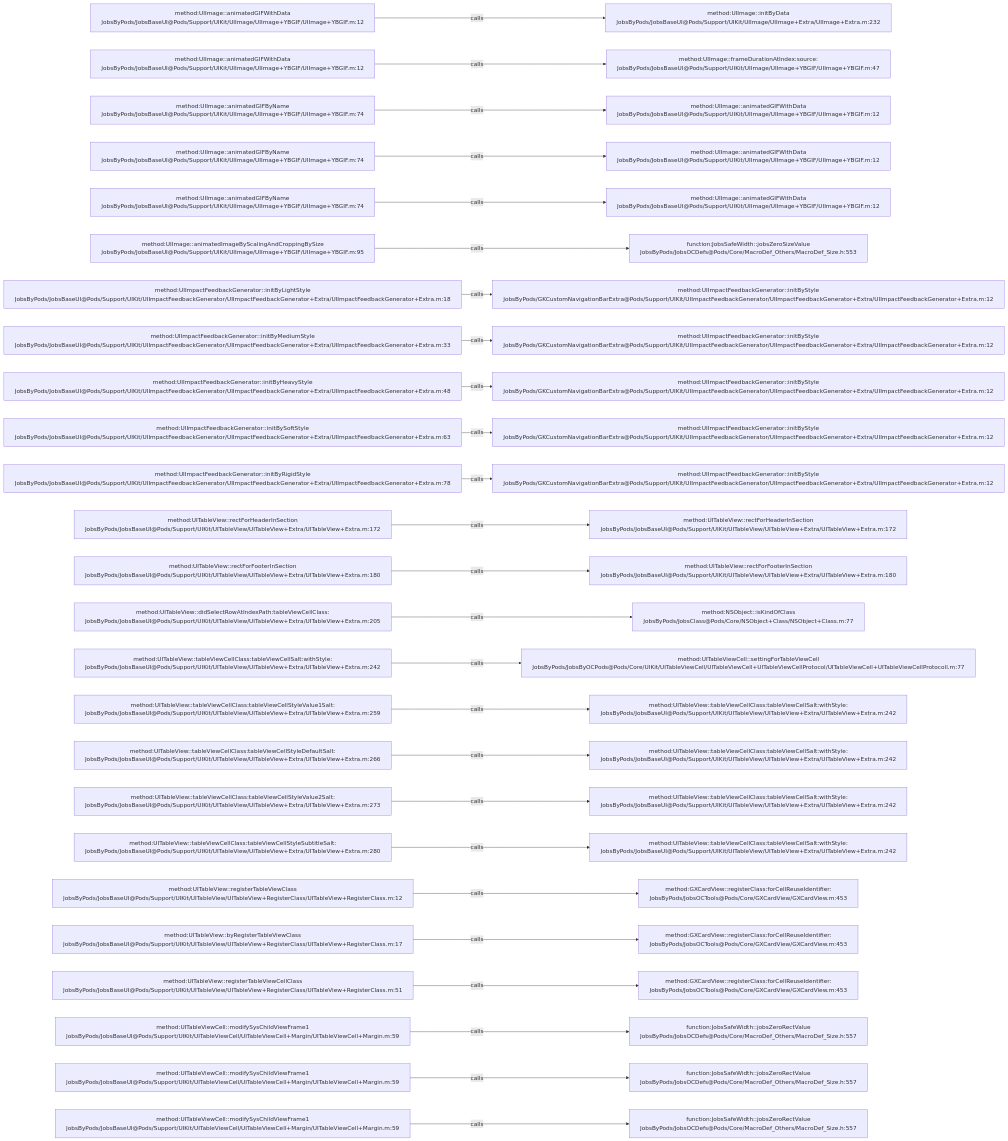
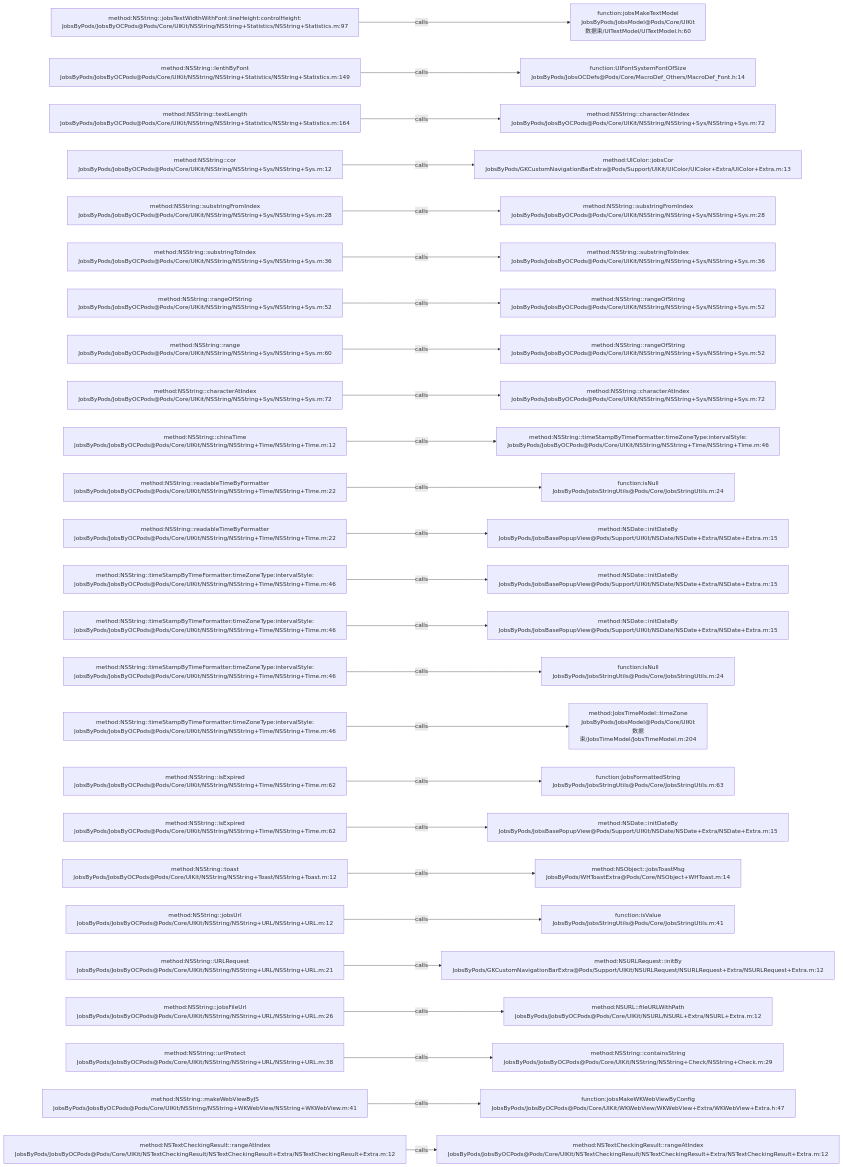
Before and after one commit to JobsKits/JobsOCBaseConfigDemo: the diagram in .codegraph/codegraph.md/graphs/calls-057.md, drawn with Mermaid. The commit also changed 1026 other files, not shown here.

````diff
--- a/.codegraph/codegraph.md/graphs/calls-057.md
+++ b/.codegraph/codegraph.md/graphs/calls-057.md
@@ -13,78 +13,78 @@
 ```mermaid
 flowchart LR
-  S1["method:UIImage::animatedGIFWithData<br/>JobsByPods/JobsBaseUI@Pods/Support/UIKit/UIImage/UIImage+YBGIF/UIImage+YBGIF.m:12"]
-  T1["method:UIImage::initByData<br/>JobsByPods/JobsBaseUI@Pods/Support/UIKit/UIImage/UIImage+Extra/UIImage+Extra.m:232"]
+  S1["method:NSString::jobsTextWidthWithFont:lineHeight:controlHeight:<br/>JobsByPods/JobsByOCPods@Pods/Core/UIKit/NSString/NSString+Statistics/NSString+Statistics.m:97"]
+  T1["function:jobsMakeTextModel<br/>JobsByPods/JobsModel@Pods/Core/UIKit数据束/UITextModel/UITextModel.h:60"]
   S1 -->|calls| T1
-  S2["method:UIImage::animatedGIFWithData<br/>JobsByPods/JobsBaseUI@Pods/Support/UIKit/UIImage/UIImage+YBGIF/UIImage+YBGIF.m:12"]
-  T2["method:UIImage::frameDurationAtIndex:source:<br/>JobsByPods/JobsBaseUI@Pods/Support/UIKit/UIImage/UIImage+YBGIF/UIImage+YBGIF.m:47"]
+  S2["method:NSString::lenthByFont<br/>JobsByPods/JobsByOCPods@Pods/Core/UIKit/NSString/NSString+Statistics/NSString+Statistics.m:149"]
+  T2["function:UIFontSystemFontOfSize<br/>JobsByPods/JobsOCDefs@Pods/Core/MacroDef_Others/MacroDef_Font.h:14"]
   S2 -->|calls| T2
-  S3["method:UIImage::animatedGIFByName<br/>JobsByPods/JobsBaseUI@Pods/Support/UIKit/UIImage/UIImage+YBGIF/UIImage+YBGIF.m:74"]
-  T3["method:UIImage::animatedGIFWithData<br/>JobsByPods/JobsBaseUI@Pods/Support/UIKit/UIImage/UIImage+YBGIF/UIImage+YBGIF.m:12"]
+  S3["method:NSString::textLength<br/>JobsByPods/JobsByOCPods@Pods/Core/UIKit/NSString/NSString+Statistics/NSString+Statistics.m:164"]
+  T3["method:NSString::characterAtIndex<br/>JobsByPods/JobsByOCPods@Pods/Core/UIKit/NSString/NSString+Sys/NSString+Sys.m:72"]
   S3 -->|calls| T3
-  S4["method:UIImage::animatedGIFByName<br/>JobsByPods/JobsBaseUI@Pods/Support/UIKit/UIImage/UIImage+YBGIF/UIImage+YBGIF.m:74"]
-  T4["method:UIImage::animatedGIFWithData<br/>JobsByPods/JobsBaseUI@Pods/Support/UIKit/UIImage/UIImage+YBGIF/UIImage+YBGIF.m:12"]
+  S4["method:NSString::cor<br/>JobsByPods/JobsByOCPods@Pods/Core/UIKit/NSString/NSString+Sys/NSString+Sys.m:12"]
+  T4["method:UIColor::jobsCor<br/>JobsByPods/GKCustomNavigationBarExtra@Pods/Support/UIKit/UIColor/UIColor+Extra/UIColor+Extra.m:13"]
   S4 -->|calls| T4
-  S5["method:UIImage::animatedGIFByName<br/>JobsByPods/JobsBaseUI@Pods/Support/UIKit/UIImage/UIImage+YBGIF/UIImage+YBGIF.m:74"]
-  T5["method:UIImage::animatedGIFWithData<br/>JobsByPods/JobsBaseUI@Pods/Support/UIKit/UIImage/UIImage+YBGIF/UIImage+YBGIF.m:12"]
+  S5["method:NSString::substringFromIndex<br/>JobsByPods/JobsByOCPods@Pods/Core/UIKit/NSString/NSString+Sys/NSString+Sys.m:28"]
+  T5["method:NSString::substringFromIndex<br/>JobsByPods/JobsByOCPods@Pods/Core/UIKit/NSString/NSString+Sys/NSString+Sys.m:28"]
   S5 -->|calls| T5
-  S6["method:UIImage::animatedImageByScalingAndCroppingBySize<br/>JobsByPods/JobsBaseUI@Pods/Support/UIKit/UIImage/UIImage+YBGIF/UIImage+YBGIF.m:95"]
-  T6["function:JobsSafeWidth::jobsZeroSizeValue<br/>JobsByPods/JobsOCDefs@Pods/Core/MacroDef_Others/MacroDef_Size.h:553"]
+  S6["method:NSString::substringToIndex<br/>JobsByPods/JobsByOCPods@Pods/Core/UIKit/NSString/NSString+Sys/NSString+Sys.m:36"]
+  T6["method:NSString::substringToIndex<br/>JobsByPods/JobsByOCPods@Pods/Core/UIKit/NSString/NSString+Sys/NSString+Sys.m:36"]
   S6 -->|calls| T6
-  S7["method:UIImpactFeedbackGenerator::initByLightStyle<br/>JobsByPods/JobsBaseUI@Pods/Support/UIKit/UIImpactFeedbackGenerator/UIImpactFeedbackGenerator+Extra/UIImpactFeedbackGenerator+Extra.m:18"]
-  T7["method:UIImpactFeedbackGenerator::initByStyle<br/>JobsByPods/GKCustomNavigationBarExtra@Pods/Support/UIKit/UIImpactFeedbackGenerator/UIImpactFeedbackGenerator+Extra/UIImpactFeedbackGenerator+Extra.m:12"]
+  S7["method:NSString::rangeOfString<br/>JobsByPods/JobsByOCPods@Pods/Core/UIKit/NSString/NSString+Sys/NSString+Sys.m:52"]
+  T7["method:NSString::rangeOfString<br/>JobsByPods/JobsByOCPods@Pods/Core/UIKit/NSString/NSString+Sys/NSString+Sys.m:52"]
   S7 -->|calls| T7
-  S8["method:UIImpactFeedbackGenerator::initByMediumStyle<br/>JobsByPods/JobsBaseUI@Pods/Support/UIKit/UIImpactFeedbackGenerator/UIImpactFeedbackGenerator+Extra/UIImpactFeedbackGenerator+Extra.m:33"]
-  T8["method:UIImpactFeedbackGenerator::initByStyle<br/>JobsByPods/GKCustomNavigationBarExtra@Pods/Support/UIKit/UIImpactFeedbackGenerator/UIImpactFeedbackGenerator+Extra/UIImpactFeedbackGenerator+Extra.m:12"]
+  S8["method:NSString::range<br/>JobsByPods/JobsByOCPods@Pods/Core/UIKit/NSString/NSString+Sys/NSString+Sys.m:60"]
+  T8["method:NSString::rangeOfString<br/>JobsByPods/JobsByOCPods@Pods/Core/UIKit/NSString/NSString+Sys/NSString+Sys.m:52"]
   S8 -->|calls| T8
-  S9["method:UIImpactFeedbackGenerator::initByHeavyStyle<br/>JobsByPods/JobsBaseUI@Pods/Support/UIKit/UIImpactFeedbackGenerator/UIImpactFeedbackGenerator+Extra/UIImpactFeedbackGenerator+Extra.m:48"]
-  T9["method:UIImpactFeedbackGenerator::initByStyle<br/>JobsByPods/GKCustomNavigationBarExtra@Pods/Support/UIKit/UIImpactFeedbackGenerator/UIImpactFeedbackGenerator+Extra/UIImpactFeedbackGenerator+Extra.m:12"]
+  S9["method:NSString::characterAtIndex<br/>JobsByPods/JobsByOCPods@Pods/Core/UIKit/NSString/NSString+Sys/NSString+Sys.m:72"]
+  T9["method:NSString::characterAtIndex<br/>JobsByPods/JobsByOCPods@Pods/Core/UIKit/NSString/NSString+Sys/NSString+Sys.m:72"]
   S9 -->|calls| T9
-  S10["method:UIImpactFeedbackGenerator::initBySoftStyle<br/>JobsByPods/JobsBaseUI@Pods/Support/UIKit/UIImpactFeedbackGenerator/UIImpactFeedbackGenerator+Extra/UIImpactFeedbackGenerator+Extra.m:63"]
-  T10["method:UIImpactFeedbackGenerator::initByStyle<br/>JobsByPods/GKCustomNavigationBarExtra@Pods/Support/UIKit/UIImpactFeedbackGenerator/UIImpactFeedbackGenerator+Extra/UIImpactFeedbackGenerator+Extra.m:12"]
+  S10["method:NSString::chinaTime<br/>JobsByPods/JobsByOCPods@Pods/Core/UIKit/NSString/NSString+Time/NSString+Time.m:12"]
+  T10["method:NSString::timeStampByTimeFormatter:timeZoneType:intervalStyle:<br/>JobsByPods/JobsByOCPods@Pods/Core/UIKit/NSString/NSString+Time/NSString+Time.m:46"]
   S10 -->|calls| T10
-  S11["method:UIImpactFeedbackGenerator::initByRigidStyle<br/>JobsByPods/JobsBaseUI@Pods/Support/UIKit/UIImpactFeedbackGenerator/UIImpactFeedbackGenerator+Extra/UIImpactFeedbackGenerator+Extra.m:78"]
-  T11["method:UIImpactFeedbackGenerator::initByStyle<br/>JobsByPods/GKCustomNavigationBarExtra@Pods/Support/UIKit/UIImpactFeedbackGenerator/UIImpactFeedbackGenerator+Extra/UIImpactFeedbackGenerator+Extra.m:12"]
+  S11["method:NSString::readableTimeByFormatter<br/>JobsByPods/JobsByOCPods@Pods/Core/UIKit/NSString/NSString+Time/NSString+Time.m:22"]
+  T11["function:isNull<br/>JobsByPods/JobsStringUtils@Pods/Core/JobsStringUtils.m:24"]
   S11 -->|calls| T11
-  S12["method:UITableView::rectForHeaderInSection<br/>JobsByPods/JobsBaseUI@Pods/Support/UIKit/UITableView/UITableView+Extra/UITableView+Extra.m:172"]
-  T12["method:UITableView::rectForHeaderInSection<br/>JobsByPods/JobsBaseUI@Pods/Support/UIKit/UITableView/UITableView+Extra/UITableView+Extra.m:172"]
+  S12["method:NSString::readableTimeByFormatter<br/>JobsByPods/JobsByOCPods@Pods/Core/UIKit/NSString/NSString+Time/NSString+Time.m:22"]
+  T12["method:NSDate::initDateBy<br/>JobsByPods/JobsBasePopupView@Pods/Support/UIKit/NSDate/NSDate+Extra/NSDate+Extra.m:15"]
   S12 -->|calls| T12
-  S13["method:UITableView::rectForFooterInSection<br/>JobsByPods/JobsBaseUI@Pods/Support/UIKit/UITableView/UITableView+Extra/UITableView+Extra.m:180"]
-  T13["method:UITableView::rectForFooterInSection<br/>JobsByPods/JobsBaseUI@Pods/Support/UIKit/UITableView/UITableView+Extra/UITableView+Extra.m:180"]
+  S13["method:NSString::timeStampByTimeFormatter:timeZoneType:intervalStyle:<br/>JobsByPods/JobsByOCPods@Pods/Core/UIKit/NSString/NSString+Time/NSString+Time.m:46"]
+  T13["method:NSDate::initDateBy<br/>JobsByPods/JobsBasePopupView@Pods/Support/UIKit/NSDate/NSDate+Extra/NSDate+Extra.m:15"]
   S13 -->|calls| T13
-  S14["method:UITableView::didSelectRowAtIndexPath:tableViewCellClass:<br/>JobsByPods/JobsBaseUI@Pods/Support/UIKit/UITableView/UITableView+Extra/UITableView+Extra.m:205"]
-  T14["method:NSObject::isKindOfClass<br/>JobsByPods/JobsClass@Pods/Core/NSObject+Class/NSObject+Class.m:77"]
+  S14["method:NSString::timeStampByTimeFormatter:timeZoneType:intervalStyle:<br/>JobsByPods/JobsByOCPods@Pods/Core/UIKit/NSString/NSString+Time/NSString+Time.m:46"]
+  T14["method:NSDate::initDateBy<br/>JobsByPods/JobsBasePopupView@Pods/Support/UIKit/NSDate/NSDate+Extra/NSDate+Extra.m:15"]
   S14 -->|calls| T14
-  S15["method:UITableView::tableViewCellClass:tableViewCellSalt:withStyle:<br/>JobsByPods/JobsBaseUI@Pods/Support/UIKit/UITableView/UITableView+Extra/UITableView+Extra.m:242"]
-  T15["method:UITableViewCell::settingForTableViewCell<br/>JobsByPods/JobsByOCPods@Pods/Core/UIKit/UITableViewCell/UITableViewCell+UITableViewCellProtocol/UITableViewCell+UITableViewCellProtocoll.m:77"]
+  S15["method:NSString::timeStampByTimeFormatter:timeZoneType:intervalStyle:<br/>JobsByPods/JobsByOCPods@Pods/Core/UIKit/NSString/NSString+Time/NSString+Time.m:46"]
+  T15["function:isNull<br/>JobsByPods/JobsStringUtils@Pods/Core/JobsStringUtils.m:24"]
   S15 -->|calls| T15
-  S16["method:UITableView::tableViewCellClass:tableViewCellStyleValue1Salt:<br/>JobsByPods/JobsBaseUI@Pods/Support/UIKit/UITableView/UITableView+Extra/UITableView+Extra.m:259"]
-  T16["method:UITableView::tableViewCellClass:tableViewCellSalt:withStyle:<br/>JobsByPods/JobsBaseUI@Pods/Support/UIKit/UITableView/UITableView+Extra/UITableView+Extra.m:242"]
+  S16["method:NSString::timeStampByTimeFormatter:timeZoneType:intervalStyle:<br/>JobsByPods/JobsByOCPods@Pods/Core/UIKit/NSString/NSString+Time/NSString+Time.m:46"]
+  T16["method:JobsTimeModel::timeZone<br/>JobsByPods/JobsModel@Pods/Core/UIKit数据束/JobsTimeModel/JobsTimeModel.m:204"]
   S16 -->|calls| T16
-  S17["method:UITableView::tableViewCellClass:tableViewCellStyleDefaultSalt:<br/>JobsByPods/JobsBaseUI@Pods/Support/UIKit/UITableView/UITableView+Extra/UITableView+Extra.m:266"]
-  T17["method:UITableView::tableViewCellClass:tableViewCellSalt:withStyle:<br/>JobsByPods/JobsBaseUI@Pods/Support/UIKit/UITableView/UITableView+Extra/UITableView+Extra.m:242"]
+  S17["method:NSString::isExpired<br/>JobsByPods/JobsByOCPods@Pods/Core/UIKit/NSString/NSString+Time/NSString+Time.m:62"]
+  T17["function:JobsFormattedString<br/>JobsByPods/JobsStringUtils@Pods/Core/JobsStringUtils.m:63"]
   S17 -->|calls| T17
-  S18["method:UITableView::tableViewCellClass:tableViewCellStyleValue2Salt:<br/>JobsByPods/JobsBaseUI@Pods/Support/UIKit/UITableView/UITableView+Extra/UITableView+Extra.m:273"]
-  T18["method:UITableView::tableViewCellClass:tableViewCellSalt:withStyle:<br/>JobsByPods/JobsBaseUI@Pods/Support/UIKit/UITableView/UITableView+Extra/UITableView+Extra.m:242"]
+  S18["method:NSString::isExpired<br/>JobsByPods/JobsByOCPods@Pods/Core/UIKit/NSString/NSString+Time/NSString+Time.m:62"]
+  T18["method:NSDate::initDateBy<br/>JobsByPods/JobsBasePopupView@Pods/Support/UIKit/NSDate/NSDate+Extra/NSDate+Extra.m:15"]
   S18 -->|calls| T18
-  S19["method:UITableView::tableViewCellClass:tableViewCellStyleSubtitleSalt:<br/>JobsByPods/JobsBaseUI@Pods/Support/UIKit/UITableView/UITableView+Extra/UITableView+Extra.m:280"]
-  T19["method:UITableView::tableViewCellClass:tableViewCellSalt:withStyle:<br/>JobsByPods/JobsBaseUI@Pods/Support/UIKit/UITableView/UITableView+Extra/UITableView+Extra.m:242"]
+  S19["method:NSString::toast<br/>JobsByPods/JobsByOCPods@Pods/Core/UIKit/NSString/NSString+Toast/NSString+Toast.m:12"]
+  T19["method:NSObject::jobsToastMsg<br/>JobsByPods/WHToastExtra@Pods/Core/NSObject+WHToast.m:14"]
   S19 -->|calls| T19
-  S20["method:UITableView::registerTableViewClass<br/>JobsByPods/JobsBaseUI@Pods/Support/UIKit/UITableView/UITableView+RegisterClass/UITableView+RegisterClass.m:12"]
-  T20["method:GXCardView::registerClass:forCellReuseIdentifier:<br/>JobsByPods/JobsOCTools@Pods/Core/GXCardView/GXCardView.m:453"]
+  S20["method:NSString::jobsUrl<br/>JobsByPods/JobsByOCPods@Pods/Core/UIKit/NSString/NSString+URL/NSString+URL.m:12"]
+  T20["function:isValue<br/>JobsByPods/JobsStringUtils@Pods/Core/JobsStringUtils.m:41"]
   S20 -->|calls| T20
-  S21["method:UITableView::byRegisterTableViewClass<br/>JobsByPods/JobsBaseUI@Pods/Support/UIKit/UITableView/UITableView+RegisterClass/UITableView+RegisterClass.m:17"]
-  T21["method:GXCardView::registerClass:forCellReuseIdentifier:<br/>JobsByPods/JobsOCTools@Pods/Core/GXCardView/GXCardView.m:453"]
+  S21["method:NSString::URLRequest<br/>JobsByPods/JobsByOCPods@Pods/Core/UIKit/NSString/NSString+URL/NSString+URL.m:21"]
+  T21["method:NSURLRequest::initBy<br/>JobsByPods/GKCustomNavigationBarExtra@Pods/Support/UIKit/NSURLRequest/NSURLRequest+Extra/NSURLRequest+Extra.m:12"]
   S21 -->|calls| T21
-  S22["method:UITableView::registerTableViewCellClass<br/>JobsByPods/JobsBaseUI@Pods/Support/UIKit/UITableView/UITableView+RegisterClass/UITableView+RegisterClass.m:51"]
-  T22["method:GXCardView::registerClass:forCellReuseIdentifier:<br/>JobsByPods/JobsOCTools@Pods/Core/GXCardView/GXCardView.m:453"]
+  S22["method:NSString::jobsFileUrl<br/>JobsByPods/JobsByOCPods@Pods/Core/UIKit/NSString/NSString+URL/NSString+URL.m:26"]
+  T22["method:NSURL::fileURLWithPath<br/>JobsByPods/JobsByOCPods@Pods/Core/UIKit/NSURL/NSURL+Extra/NSURL+Extra.m:12"]
   S22 -->|calls| T22
-  S23["method:UITableViewCell::modifySysChildViewFrame1<br/>JobsByPods/JobsBaseUI@Pods/Support/UIKit/UITableViewCell/UITableViewCell+Margin/UITableViewCell+Margin.m:59"]
-  T23["function:JobsSafeWidth::jobsZeroRectValue<br/>JobsByPods/JobsOCDefs@Pods/Core/MacroDef_Others/MacroDef_Size.h:557"]
+  S23["method:NSString::urlProtect<br/>JobsByPods/JobsByOCPods@Pods/Core/UIKit/NSString/NSString+URL/NSString+URL.m:38"]
+  T23["method:NSString::containsString<br/>JobsByPods/JobsByOCPods@Pods/Core/UIKit/NSString/NSString+Check/NSString+Check.m:29"]
   S23 -->|calls| T23
-  S24["method:UITableViewCell::modifySysChildViewFrame1<br/>JobsByPods/JobsBaseUI@Pods/Support/UIKit/UITableViewCell/UITableViewCell+Margin/UITableViewCell+Margin.m:59"]
-  T24["function:JobsSafeWidth::jobsZeroRectValue<br/>JobsByPods/JobsOCDefs@Pods/Core/MacroDef_Others/MacroDef_Size.h:557"]
+  S24["method:NSString::makeWebViewByJS<br/>JobsByPods/JobsByOCPods@Pods/Core/UIKit/NSString/NSString+WKWebView/NSString+WKWebView.m:41"]
+  T24["function:jobsMakeWKWebViewByConfig<br/>JobsByPods/JobsByOCPods@Pods/Core/UIKit/WKWebView/WKWebView+Extra/WKWebView+Extra.h:47"]
   S24 -->|calls| T24
-  S25["method:UITableViewCell::modifySysChildViewFrame1<br/>JobsByPods/JobsBaseUI@Pods/Support/UIKit/UITableViewCell/UITableViewCell+Margin/UITableViewCell+Margin.m:59"]
-  T25["function:JobsSafeWidth::jobsZeroRectValue<br/>JobsByPods/JobsOCDefs@Pods/Core/MacroDef_Others/MacroDef_Size.h:557"]
+  S25["method:NSTextCheckingResult::rangeAtIndex<br/>JobsByPods/JobsByOCPods@Pods/Core/UIKit/NSTextCheckingResult/NSTextCheckingResult+Extra/NSTextCheckingResult+Extra.m:12"]
+  T25["method:NSTextCheckingResult::rangeAtIndex<br/>JobsByPods/JobsByOCPods@Pods/Core/UIKit/NSTextCheckingResult/NSTextCheckingResult+Extra/NSTextCheckingResult+Extra.m:12"]
   S25 -->|calls| T25
 ```
````
